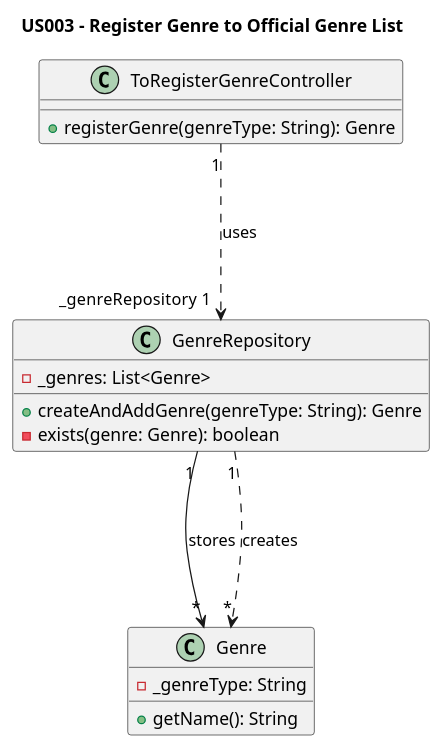
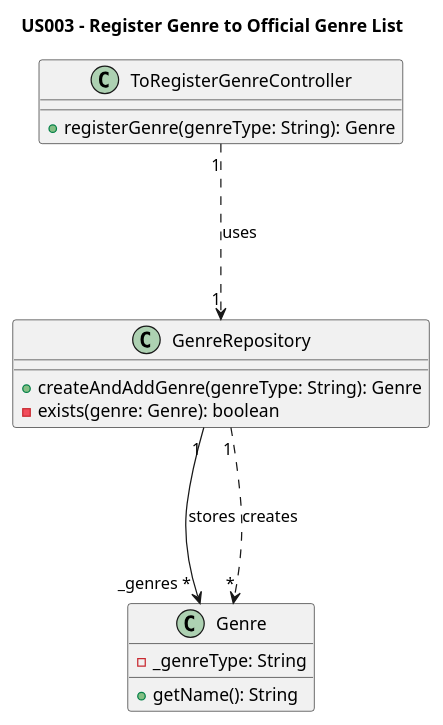
The diagram in Diagrams/ClassDiagrams/US003-to-add-a-publication-genre-to-the-genre-list.puml (AndrePereiraGitH/SWitCH-Project-Team_A), drawn with PlantUML before and after one commit. The commit also changed 2 other files, not shown here.

```diff
--- a/Diagrams/ClassDiagrams/US003-to-add-a-publication-genre-to-the-genre-list.puml
+++ b/Diagrams/ClassDiagrams/US003-to-add-a-publication-genre-to-the-genre-list.puml
@@ -1,25 +1,25 @@
 @startuml
 title US003 - Register Genre to Official Genre List
 
 class ToRegisterGenreController {
   +registerGenre(genreType: String): Genre
 }
 
 class GenreRepository {
-  -_genres: List<Genre>
+
   +createAndAddGenre(genreType: String): Genre
   -exists(genre: Genre): boolean
 }
 
 class Genre {
   -_genreType: String
   +getName(): String
 }
 
 
-ToRegisterGenreController "1" -.-> "_genreRepository  1" GenreRepository : uses
-GenreRepository "1" --> "*" Genre : stores
+ToRegisterGenreController "1" -.-> "1" GenreRepository : uses
+GenreRepository "1" --> "_genres *" Genre : stores
 GenreRepository "1" -.-> "*" Genre : creates
 
 
 @enduml
```
